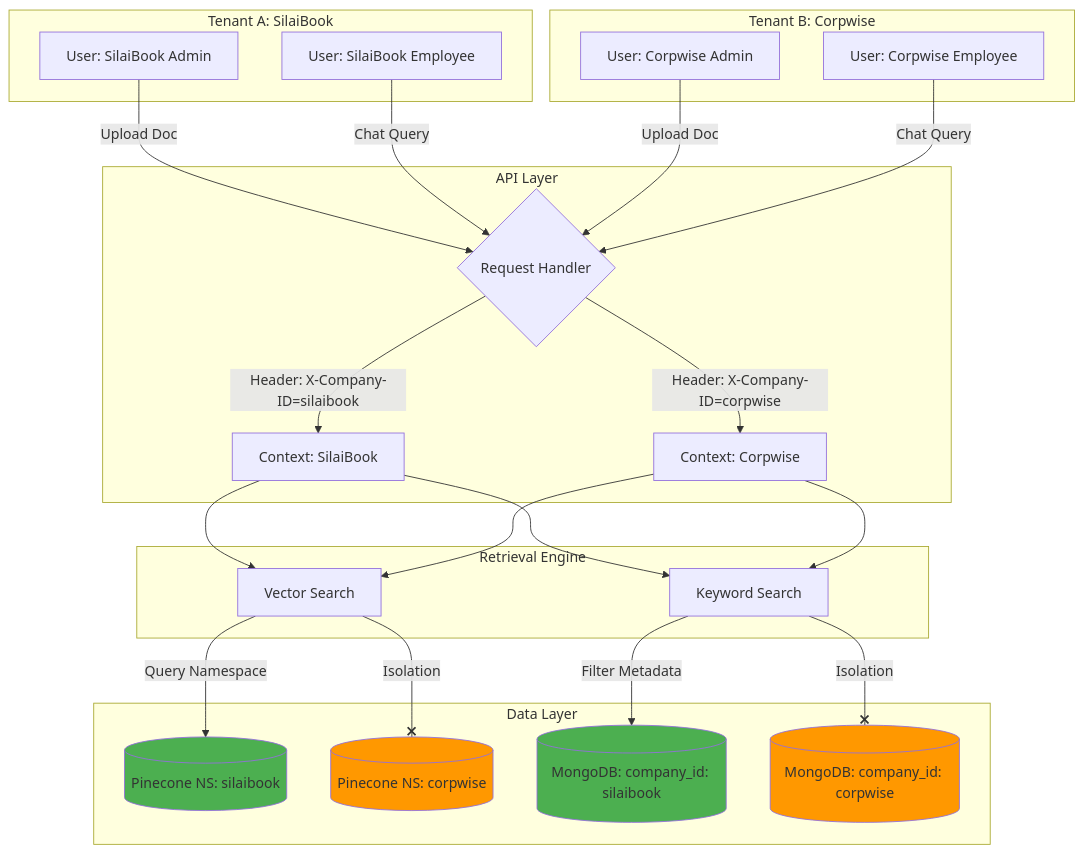
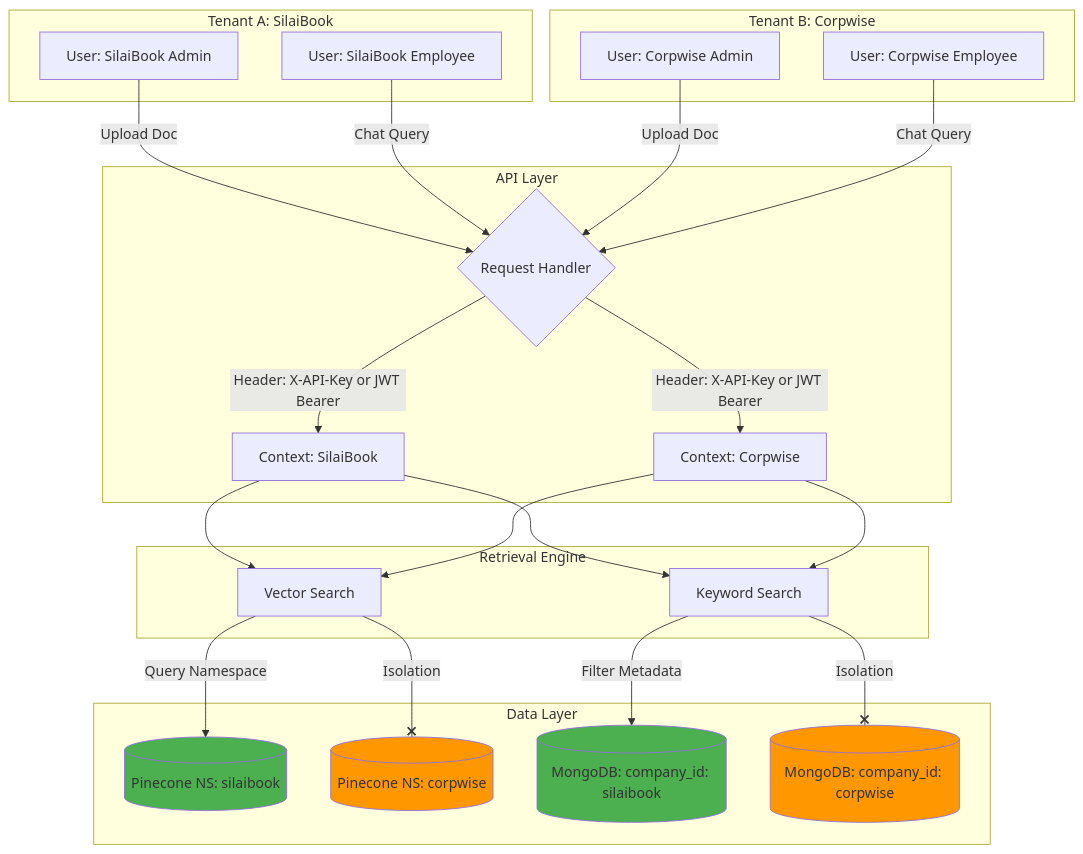
Diagram 16 of 18 in project_workflow.md (ShantanuV2709/CORPWISE), drawn with Mermaid before and after one commit. The commit also changed other lines of this file and 64 other files, not shown here.

````diff
--- a/project_workflow.md
+++ b/project_workflow.md
@@ -658,51 +654,51 @@
 ```mermaid
 graph TD
     subgraph "Tenant A: SilaiBook"
         A1[User: SilaiBook Admin]
         A2[User: SilaiBook Employee]
     end
 
     subgraph "Tenant B: Corpwise"
         B1[User: Corpwise Admin]
         B2[User: Corpwise Employee]
     end
 
     subgraph "API Layer"
         C{Request Handler}
-        C -->|Header: X-Company-ID=silaibook| D[Context: SilaiBook]
-        C -->|Header: X-Company-ID=corpwise| E[Context: Corpwise]
+        C -->|Header: X-API-Key or JWT Bearer| D[Context: SilaiBook]
+        C -->|Header: X-API-Key or JWT Bearer| E[Context: Corpwise]
     end
 
     subgraph "Retrieval Engine"
         F[Vector Search]
         G[Keyword Search]
     end
 
     subgraph "Data Layer"
         H[(Pinecone NS: silaibook)]
         I[(Pinecone NS: corpwise)]
         J[(MongoDB: company_id: silaibook)]
         K[(MongoDB: company_id: corpwise)]
     end
 
     A1 -->|Upload Doc| C
     A2 -->|Chat Query| C
     B1 -->|Upload Doc| C
     B2 -->|Chat Query| C
 
     D --> F
     D --> G
     E --> F
     E --> G
 
     F -->|Query Namespace| H
     F --x|Isolation| I
     
     G -->|Filter Metadata| J
     G --x|Isolation| K
 
     style H fill:#4CAF50
     style J fill:#4CAF50
     style I fill:#FF9800
     style K fill:#FF9800
 ```
````
